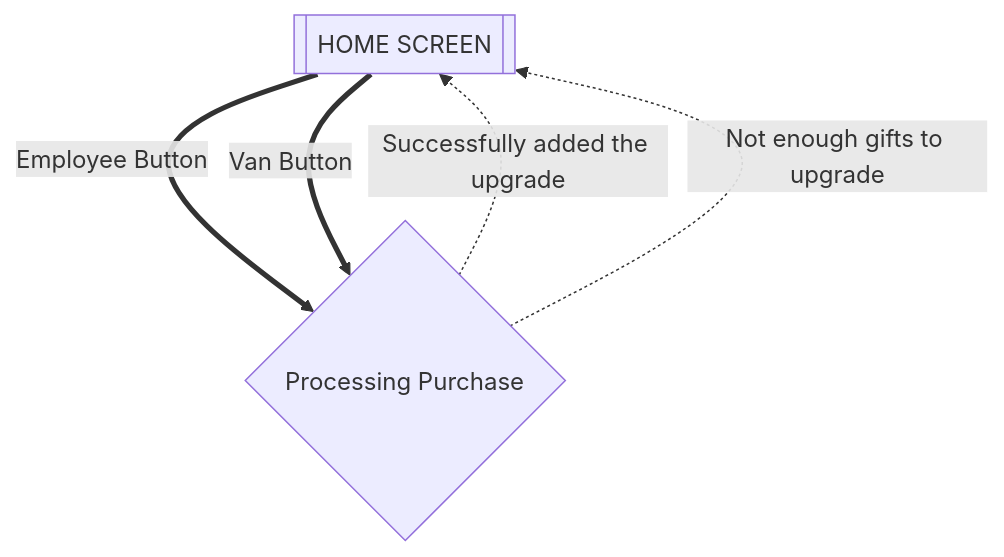
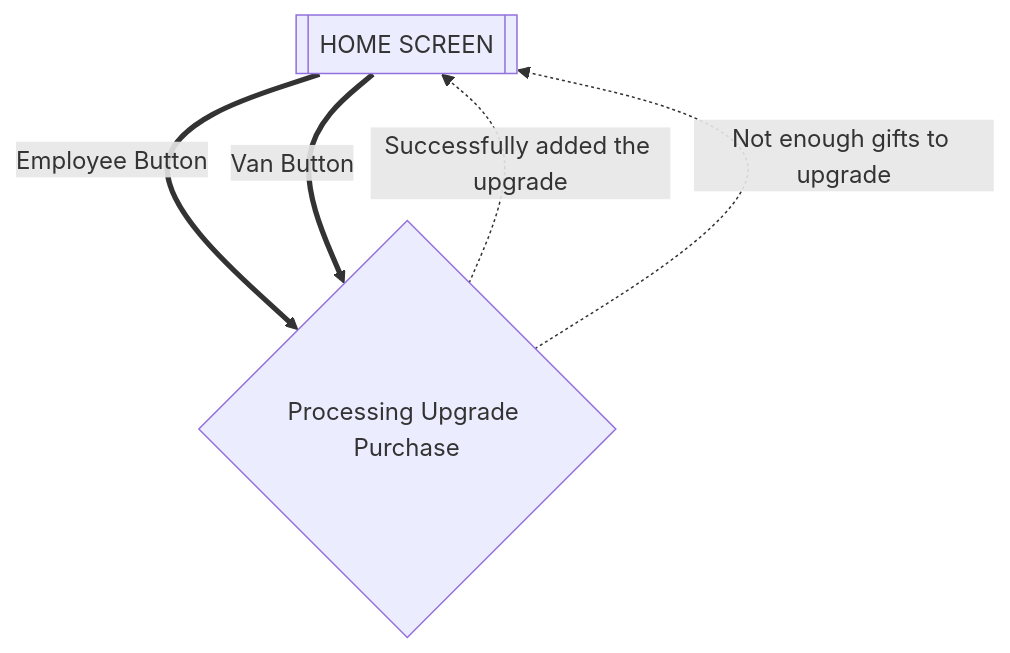
Before and after one commit to umangmehta0007/Clicker: the second of 3 diagrams in flows.md, drawn with Mermaid. The commit also changed other lines of this file, not shown here.

Commit message:
Processing parts were updated with new and clear names

````diff
--- a/flows.md
+++ b/flows.md
@@ -28,13 +28,13 @@
 ```mermaid
 
 flowchart
     hs[[HOME SCREEN]]
-    upgrades{Processing Purchase}
+    upgrades{Processing Upgrade Purchase}
         
         hs==Employee Button==>upgrades
         hs==Van Button==>upgrades
         
         upgrades-.Successfully added the upgrade.->hs
         upgrades-.Not enough gifts to upgrade.->hs
 
 ```
````
